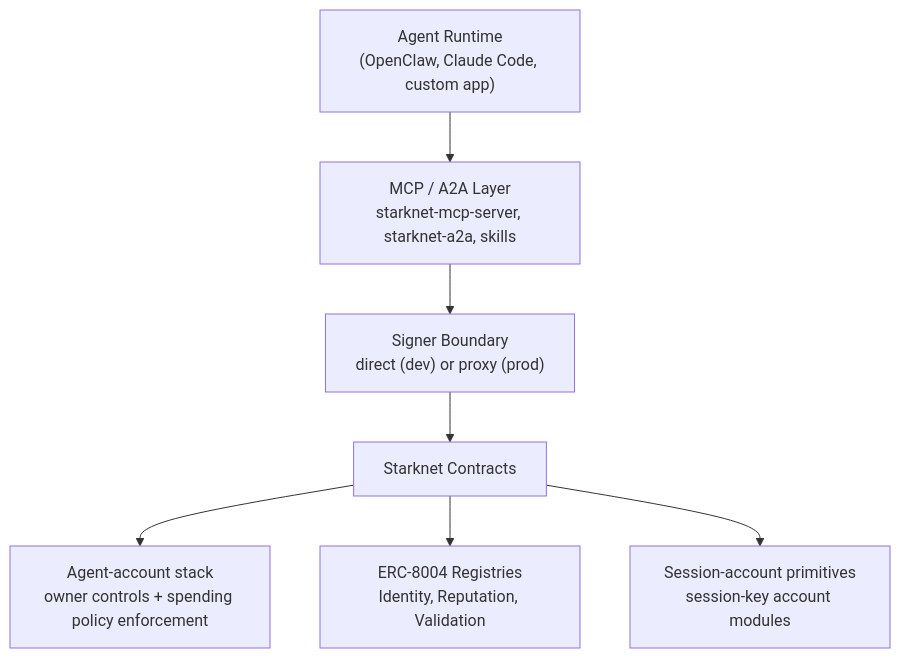
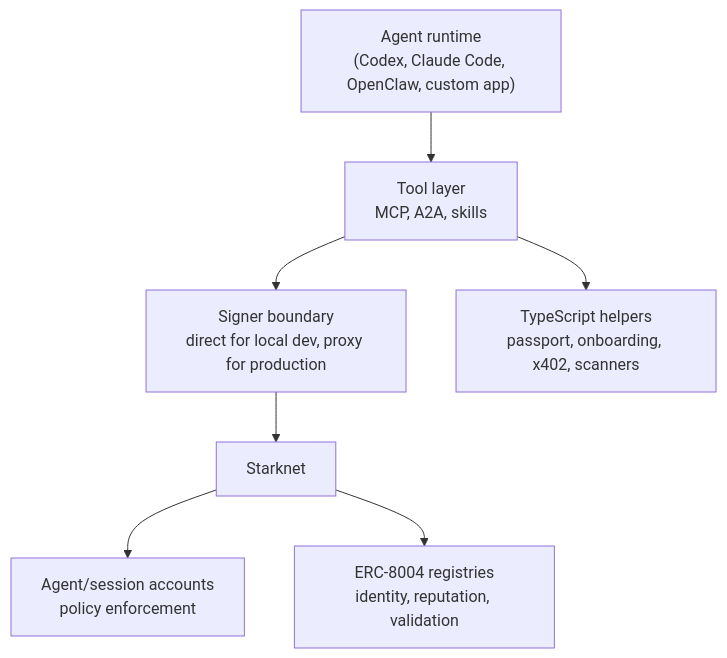
Before and after one commit to keep-starknet-strange/starknet-agentic: the diagram in README.md, drawn with Mermaid. The commit also changed other lines of this file and 3 other files, not shown here.

````diff
--- a/README.md
+++ b/README.md
@@ -123,9 +85,9 @@
 ```mermaid
 flowchart TB
-  A["Agent Runtime<br/>(OpenClaw, Claude Code, custom app)"] --> B["MCP / A2A Layer<br/>starknet-mcp-server, starknet-a2a, skills"]
-  B --> C["Signer Boundary<br/>direct (dev) or proxy (prod)"]
-  C --> D["Starknet Contracts"]
-  D --> D1["Agent-account stack<br/>owner controls + spending policy enforcement"]
-  D --> D2["ERC-8004 Registries<br/>Identity, Reputation, Validation"]
-  D --> D3["Session-account primitives<br/>session-key account modules"]
+  Agent["Agent runtime<br/>(Codex, Claude Code, OpenClaw, custom app)"] --> Tools["Tool layer<br/>MCP, A2A, skills"]
+  Tools --> Signer["Signer boundary<br/>direct for local dev, proxy for production"]
+  Signer --> Starknet["Starknet"]
+  Starknet --> Accounts["Agent/session accounts<br/>policy enforcement"]
+  Starknet --> Registries["ERC-8004 registries<br/>identity, reputation, validation"]
+  Tools --> Packages["TypeScript helpers<br/>passport, onboarding, x402, scanners"]
 ```
````
